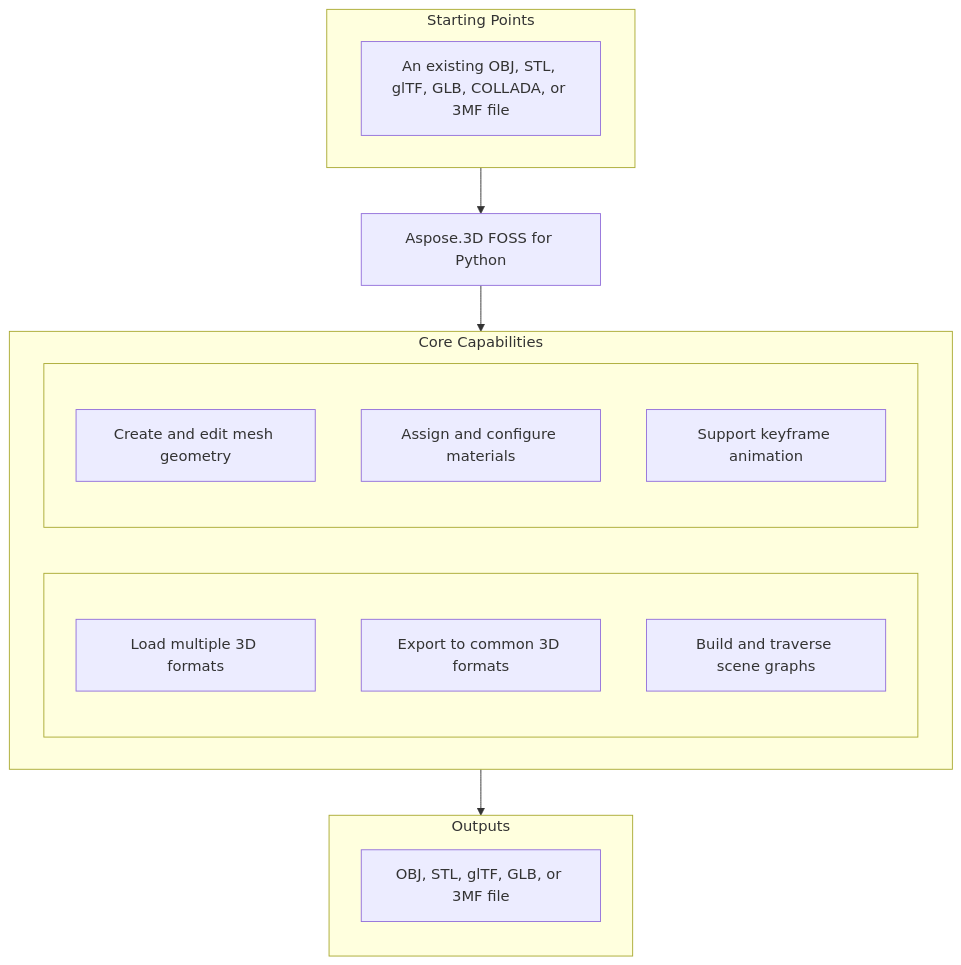
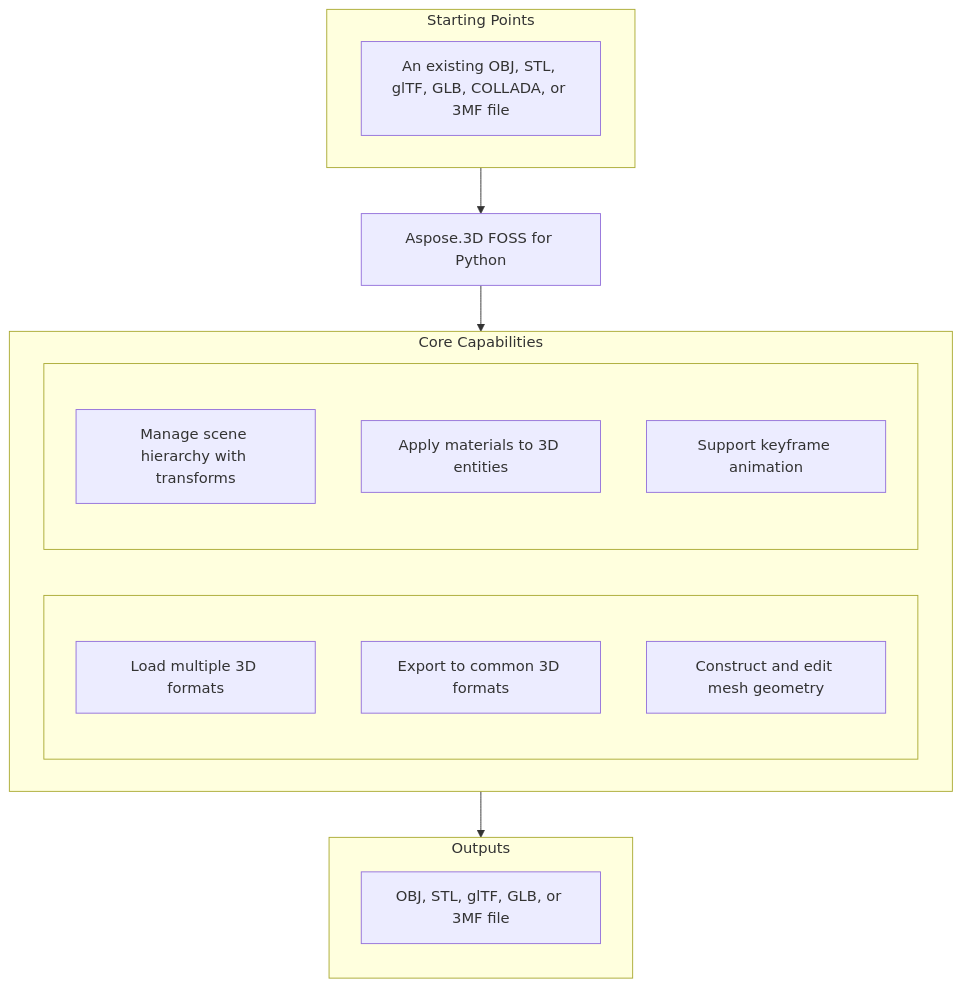
The diagram in candidates/aspose-3d-foss__Aspose.3D-FOSS-for-Python/65b1f577c0f16d0d9112bb6c1153d3024543ac02/README.md (babar-raza/repository-presenter), drawn with Mermaid before and after one commit. The commit also changed other lines of this file and 13 other files, not shown here.

````diff
--- a/candidates/aspose-3d-foss__Aspose.3D-FOSS-for-Python/65b1f577c0f16d0d9112bb6c1153d3024543ac02/README.md
+++ b/candidates/aspose-3d-foss__Aspose.3D-FOSS-for-Python/65b1f577c0f16d0d9112bb6c1153d3024543ac02/README.md
@@ -25,28 +25,28 @@
 ```mermaid
 flowchart TD
   subgraph StartingPoints["Starting Points"]
     direction LR
     i1["An existing OBJ, STL, glTF, GLB, COLLADA, or 3MF file"]
   end
   PRODUCT["Aspose.3D FOSS for Python"]
   subgraph Capabilities["Core Capabilities"]
     direction LR
     subgraph capl[" "]
       direction TB
       c1["Load multiple 3D formats"]
       c2["Export to common 3D formats"]
-      c3["Build and traverse scene graphs"]
+      c3["Construct and edit mesh geometry"]
     end
     subgraph capr[" "]
       direction TB
-      c4["Create and edit mesh geometry"]
-      c5["Assign and configure materials"]
+      c4["Manage scene hierarchy with transforms"]
+      c5["Apply materials to 3D entities"]
       c6["Support keyframe animation"]
     end
   end
   subgraph Outputs["Outputs"]
     direction TB
     o1["OBJ, STL, glTF, GLB, or 3MF file"]
   end
   StartingPoints --> PRODUCT --> Capabilities --> Outputs
 ```
````
